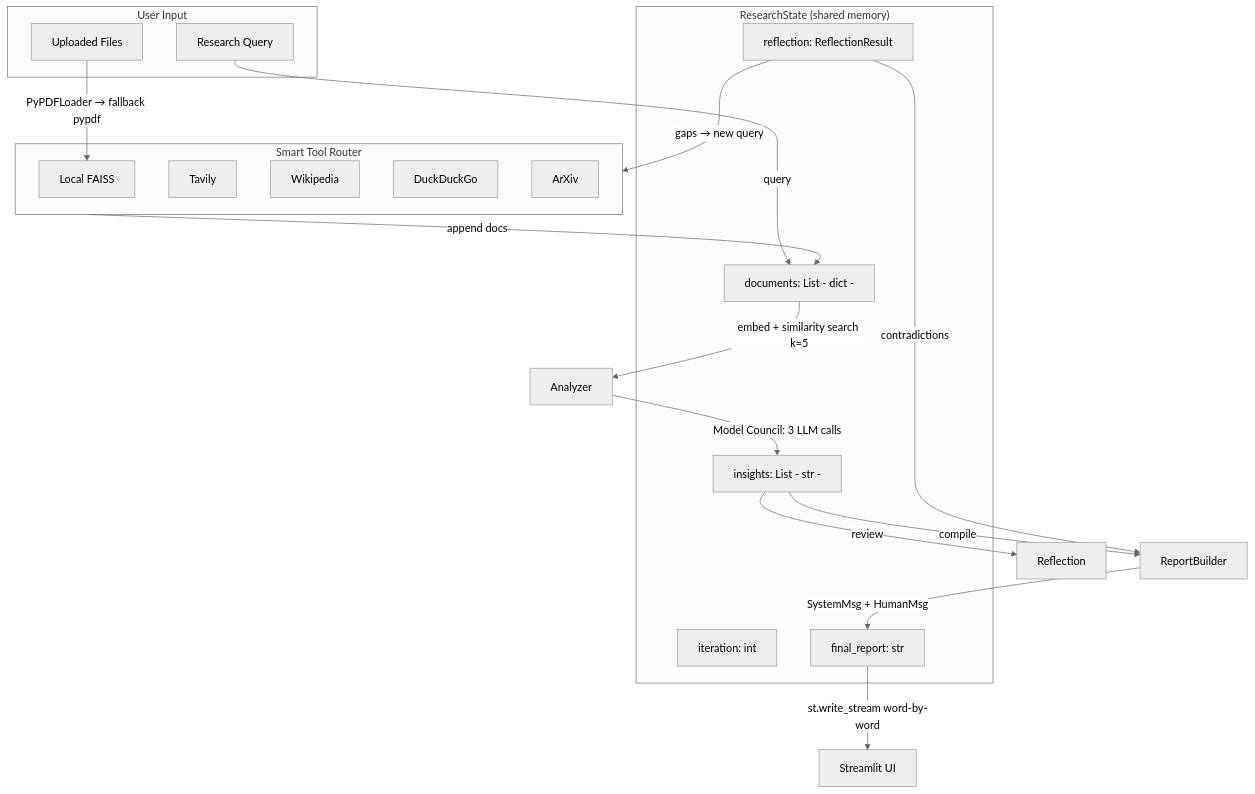
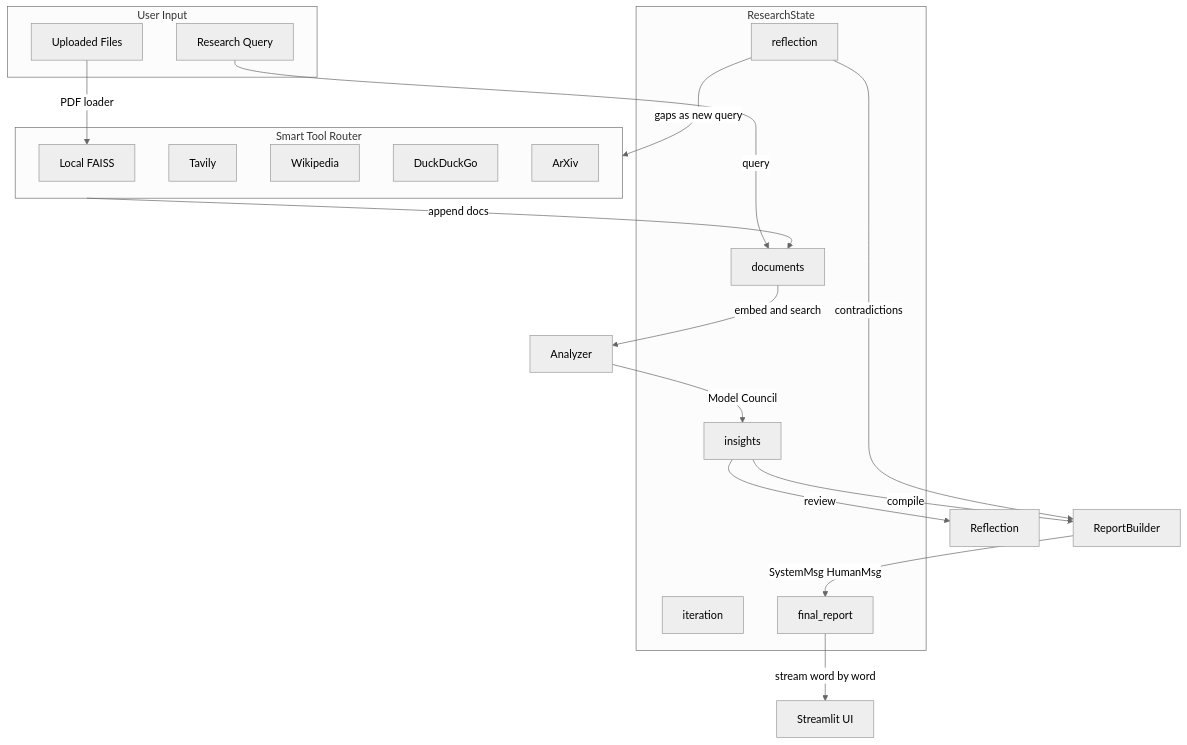
One commit to madakasirak/hackathon_Outskill changed the second of 2 diagrams in walkthrough.md. Above: the diagram before and after it, drawn with Mermaid (neutral theme). The commit also changed other lines of this file, not shown here.

Commit message:
fix: mermaid diagram syntax errors - removed special chars

````diff
--- a/walkthrough.md
+++ b/walkthrough.md
@@ -291,36 +291,36 @@
 ```mermaid
 graph TD
-    subgraph User Input
-        Q[Research Query]
-        F[Uploaded Files]
+    subgraph UserInput ["User Input"]
+        Q["Research Query"]
+        F["Uploaded Files"]
     end
 
-    subgraph State ["ResearchState (shared memory)"]
-        S1["documents: List - dict -"]
-        S2["insights: List - str -"]
-        S3["reflection: ReflectionResult"]
-        S4["iteration: int"]
-        S5["final_report: str"]
+    subgraph State ["ResearchState"]
+        S1["documents"]
+        S2["insights"]
+        S3["reflection"]
+        S4["iteration"]
+        S5["final_report"]
     end
 
-    Q --> |query| S1
-    F --> |"PyPDFLoader → fallback pypdf"| FAISS_LOCAL
+    Q -->|query| S1
+    F -->|PDF loader| FAISS_LOCAL
 
     subgraph Retriever ["Smart Tool Router"]
-        FAISS_LOCAL[Local FAISS]
-        TAV[Tavily]
-        WIKI[Wikipedia]
-        DDG[DuckDuckGo]
-        ARX[ArXiv]
+        FAISS_LOCAL["Local FAISS"]
+        TAV["Tavily"]
+        WIKI["Wikipedia"]
+        DDG["DuckDuckGo"]
+        ARX["ArXiv"]
     end
 
-    Retriever --> |append docs| S1
-    S1 --> |"embed + similarity search k=5"| Analyzer
-    Analyzer --> |"Model Council: 3 LLM calls"| S2
-    S2 --> |review| Reflection
-    S3 --> |"gaps → new query"| Retriever
-    S2 --> |compile| ReportBuilder
-    S3 --> |contradictions| ReportBuilder
-    ReportBuilder --> |"SystemMsg + HumanMsg"| S5
-    S5 --> |"st.write_stream word-by-word"| UI[Streamlit UI]
+    Retriever -->|append docs| S1
+    S1 -->|embed and search| Analyzer
+    Analyzer -->|Model Council| S2
+    S2 -->|review| Reflection
+    S3 -->|gaps as new query| Retriever
+    S2 -->|compile| ReportBuilder
+    S3 -->|contradictions| ReportBuilder
+    ReportBuilder -->|SystemMsg HumanMsg| S5
+    S5 -->|stream word by word| UI["Streamlit UI"]
 ```
````
